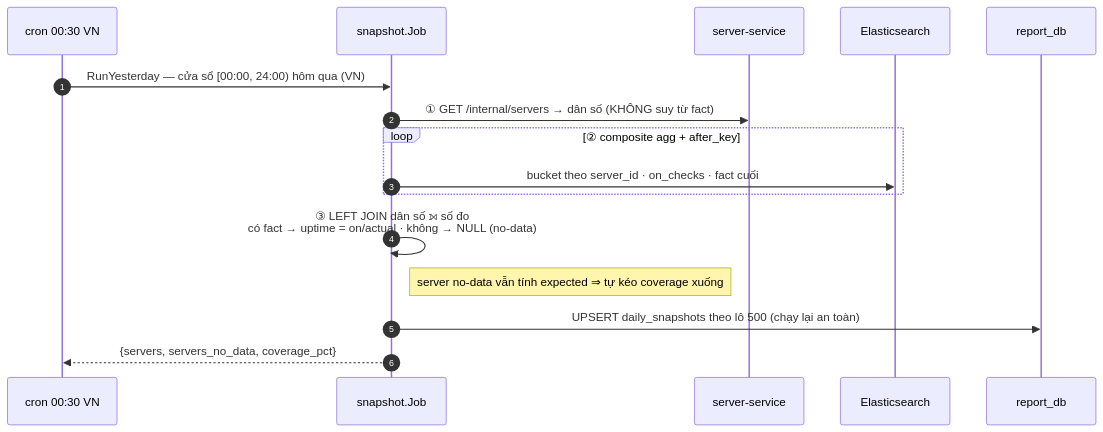
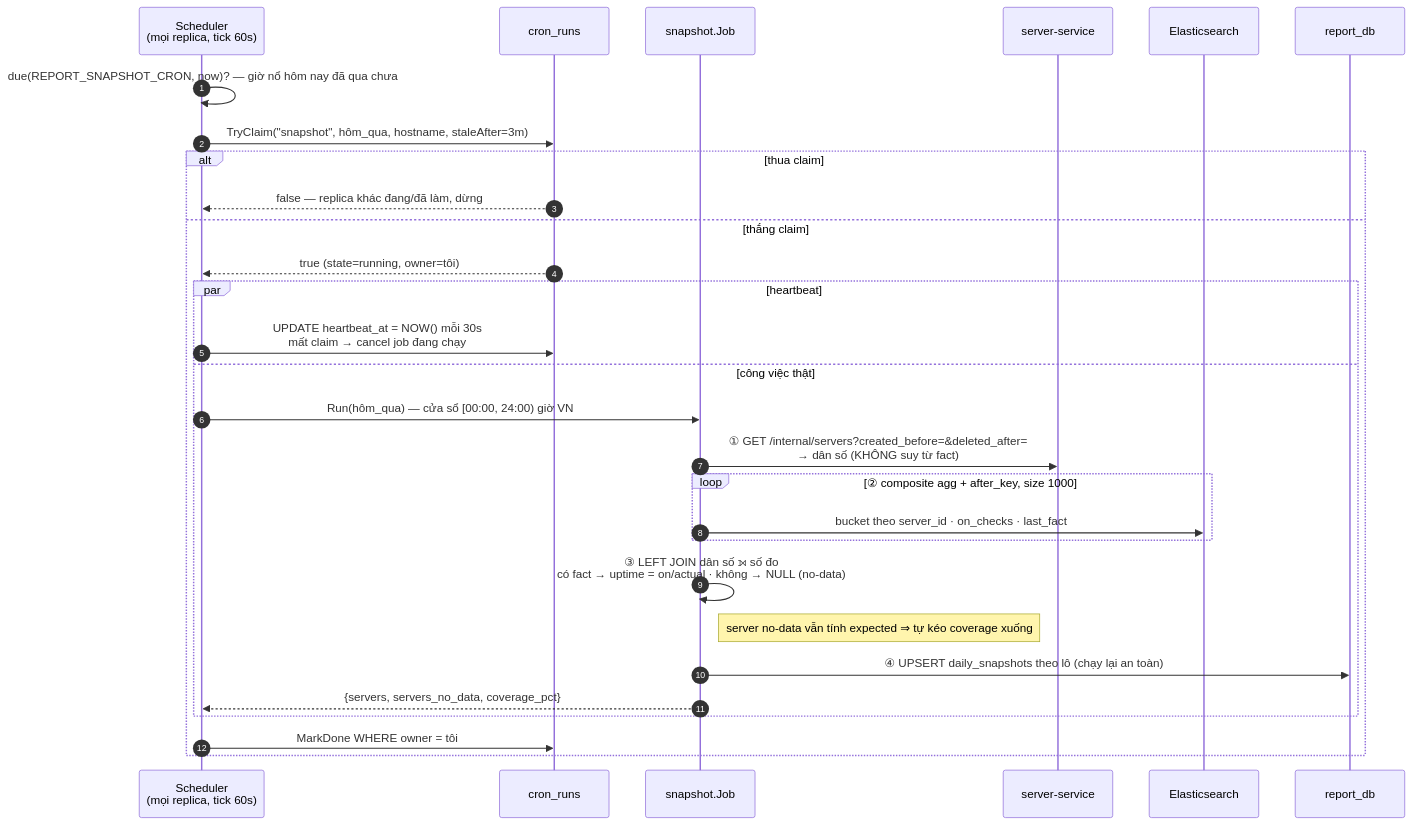
One commit to dwchwang/sms_microservice changed the seventh of 10 diagrams in .claude/diagrams/sequence-diagrams.md. Above: the diagram before and after it, drawn with Mermaid. The commit also changed other lines of this file and 24 other files, not shown here.

````diff
--- a/.claude/diagrams/sequence-diagrams.md
+++ b/.claude/diagrams/sequence-diagrams.md
@@ -208,19 +218,32 @@
 ```mermaid
 sequenceDiagram
     autonumber
-    participant C as cron 00:30 VN
+    participant SC as Scheduler<br/>(mọi replica, tick 60s)
+    participant CR as cron_runs
     participant J as snapshot.Job
     participant SS as server-service
     participant ES as Elasticsearch
     participant PG as report_db
 
-    C->>J: RunYesterday — cửa sổ [00:00, 24:00) hôm qua (VN)
-    J->>SS: ① GET /internal/servers → dân số (KHÔNG suy từ fact)
-    loop ② composite agg + after_key
-        J->>ES: bucket theo server_id · on_checks · fact cuối
+    SC->>SC: due(REPORT_SNAPSHOT_CRON, now)? — giờ nổ hôm nay đã qua chưa
+    SC->>CR: TryClaim("snapshot", hôm_qua, hostname, staleAfter=3m)
+    alt thua claim
+        CR-->>SC: false — replica khác đang/đã làm, dừng
+    else thắng claim
+        CR-->>SC: true (state=running, owner=tôi)
+        par heartbeat
+            SC->>CR: UPDATE heartbeat_at = NOW() mỗi 30s<br/>mất claim → cancel job đang chạy
+        and công việc thật
+            SC->>J: Run(hôm_qua) — cửa sổ [00:00, 24:00) giờ VN
+            J->>SS: ① GET /internal/servers?created_before=&deleted_after=<br/>→ dân số (KHÔNG suy từ fact)
+            loop ② composite agg + after_key, size 1000
+                J->>ES: bucket theo server_id · on_checks · last_fact
+            end
+            J->>J: ③ LEFT JOIN dân số ⟕ số đo<br/>có fact → uptime = on/actual · không → NULL (no-data)
+            note right of J: server no-data vẫn tính expected ⇒ tự kéo coverage xuống
+            J->>PG: ④ UPSERT daily_snapshots theo lô (chạy lại an toàn)
+            J-->>SC: {servers, servers_no_data, coverage_pct}
+        end
+        SC->>CR: MarkDone WHERE owner = tôi
     end
-    J->>J: ③ LEFT JOIN dân số ⟕ số đo<br/>có fact → uptime = on/actual · không → NULL (no-data)
-    note right of J: server no-data vẫn tính expected ⇒ tự kéo coverage xuống
-    J->>PG: UPSERT daily_snapshots theo lô 500 (chạy lại an toàn)
-    J-->>C: {servers, servers_no_data, coverage_pct}
 ```
````
